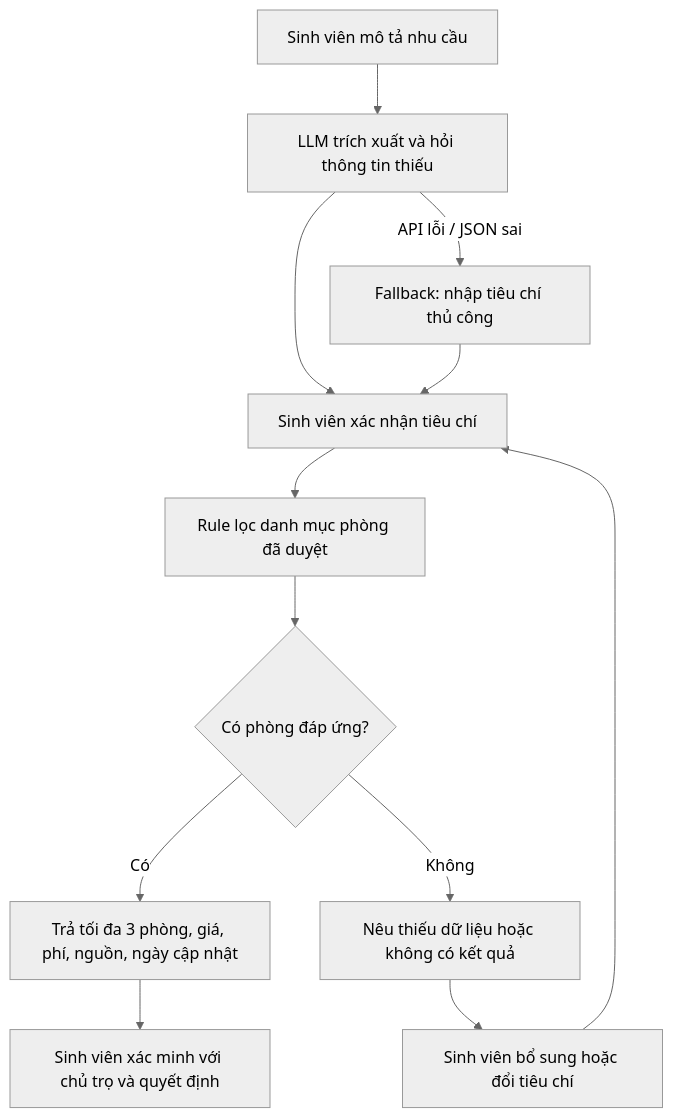
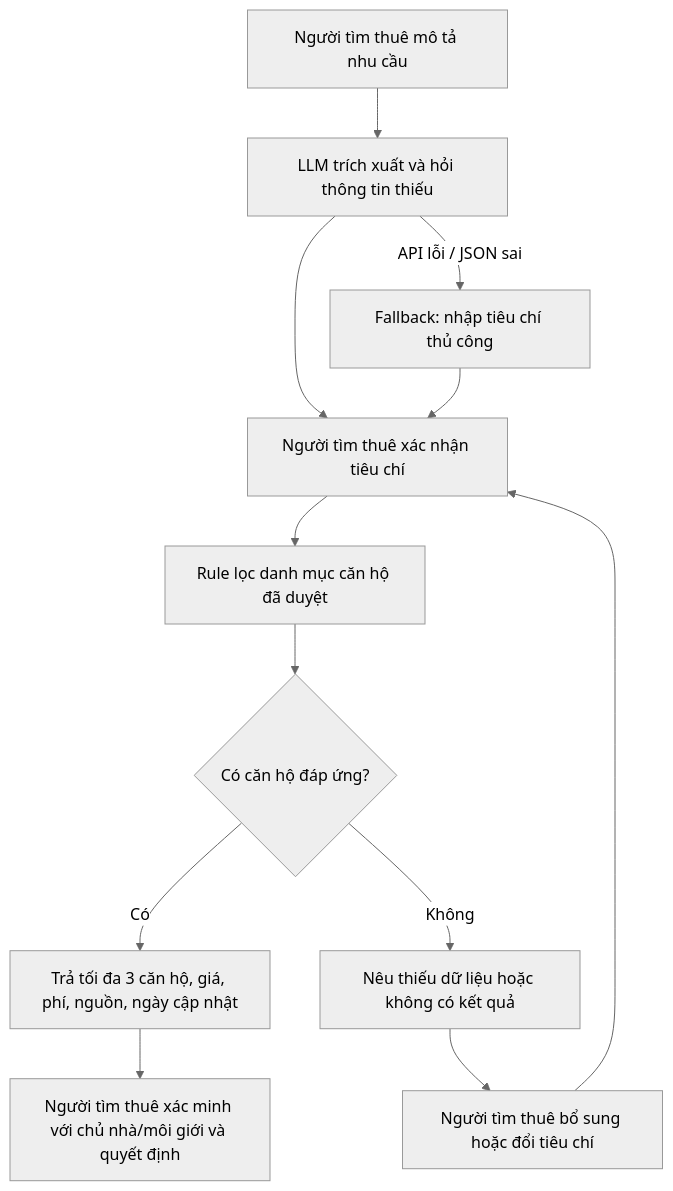
The diagram in 02-deep-dive-report.md (HuyHaiThanh/VinUni_Codelab_Day02_Template), drawn with Mermaid (neutral theme) before and after one commit. The commit also changed other lines of this file and 10 other files, not shown here.

````diff
--- a/02-deep-dive-report.md
+++ b/02-deep-dive-report.md
@@ -50,14 +52,14 @@
 ```mermaid
 flowchart TD
-    A[Sinh viên mô tả nhu cầu] --> B[LLM trích xuất và hỏi thông tin thiếu]
-    B --> C[Sinh viên xác nhận tiêu chí]
-    C --> D[Rule lọc danh mục phòng đã duyệt]
-    D --> E{Có phòng đáp ứng?}
-    E -->|Có| F[Trả tối đa 3 phòng, giá, phí, nguồn, ngày cập nhật]
+    A[Người tìm thuê mô tả nhu cầu] --> B[LLM trích xuất và hỏi thông tin thiếu]
+    B --> C[Người tìm thuê xác nhận tiêu chí]
+    C --> D[Rule lọc danh mục căn hộ đã duyệt]
+    D --> E{Có căn hộ đáp ứng?}
+    E -->|Có| F[Trả tối đa 3 căn hộ, giá, phí, nguồn, ngày cập nhật]
     E -->|Không| G[Nêu thiếu dữ liệu hoặc không có kết quả]
-    G --> H[Sinh viên bổ sung hoặc đổi tiêu chí]
+    G --> H[Người tìm thuê bổ sung hoặc đổi tiêu chí]
     H --> C
-    F --> I[Sinh viên xác minh với chủ trọ và quyết định]
+    F --> I[Người tìm thuê xác minh với chủ nhà/môi giới và quyết định]
     B -->|API lỗi / JSON sai| J[Fallback: nhập tiêu chí thủ công]
     J --> C
 ```
````
